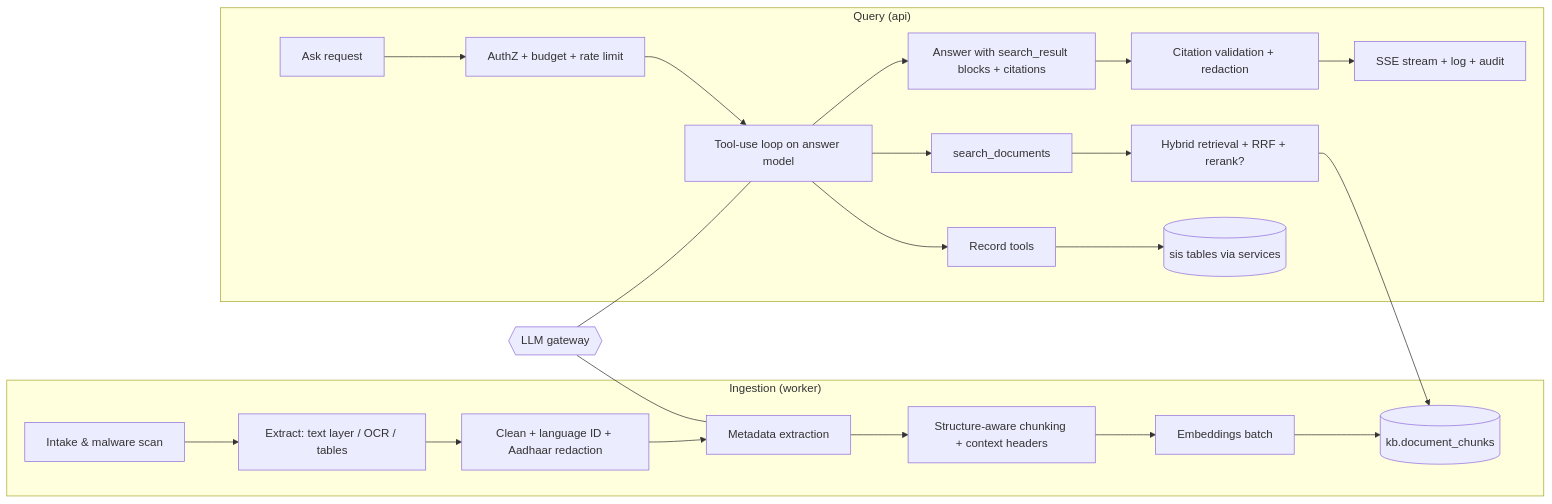
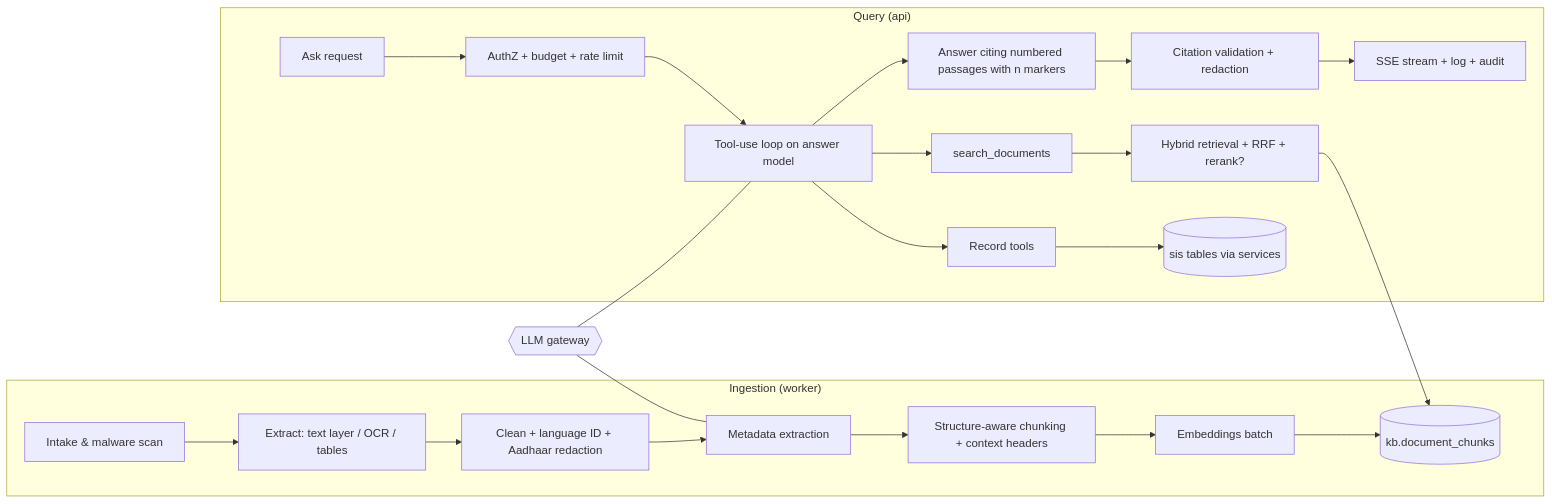
One commit to bb3agency/school-os changed the diagram in docs/06-rag-architecture.md. Above: the diagram before and after it, drawn with Mermaid. The commit also changed other lines of this file and 13 other files, not shown here.

````diff
--- a/docs/06-rag-architecture.md
+++ b/docs/06-rag-architecture.md
@@ -37,22 +37,22 @@
 ```mermaid
 flowchart LR
   subgraph ingestion["Ingestion (worker)"]
     A[Intake & malware scan] --> B[Extract: text layer / OCR / tables]
     B --> C[Clean + language ID + Aadhaar redaction]
     C --> D[Metadata extraction]
     D --> E[Structure-aware chunking + context headers]
     E --> F[Embeddings batch]
     F --> G[(kb.document_chunks)]
   end
   subgraph query["Query (api)"]
     Q1[Ask request] --> Q2[AuthZ + budget + rate limit]
     Q2 --> Q3[Tool-use loop on answer model]
     Q3 --> T1[Record tools] --> DB[(sis tables via services)]
     Q3 --> T2[search_documents] --> R[Hybrid retrieval + RRF + rerank?] --> G
-    Q3 --> Q4[Answer with search_result blocks + citations]
+    Q3 --> Q4[Answer citing numbered passages with n markers]
     Q4 --> Q5[Citation validation + redaction]
     Q5 --> Q6[SSE stream + log + audit]
   end
   GW{{LLM gateway}} --- Q3
   GW --- D
 ```
````
